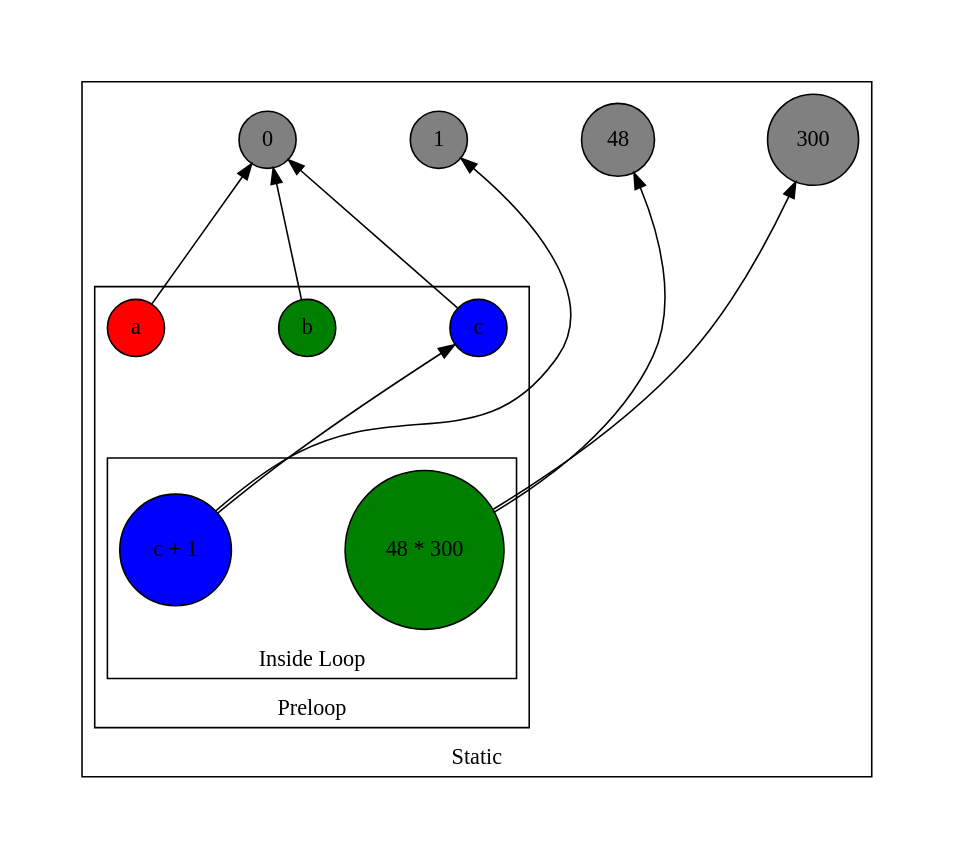
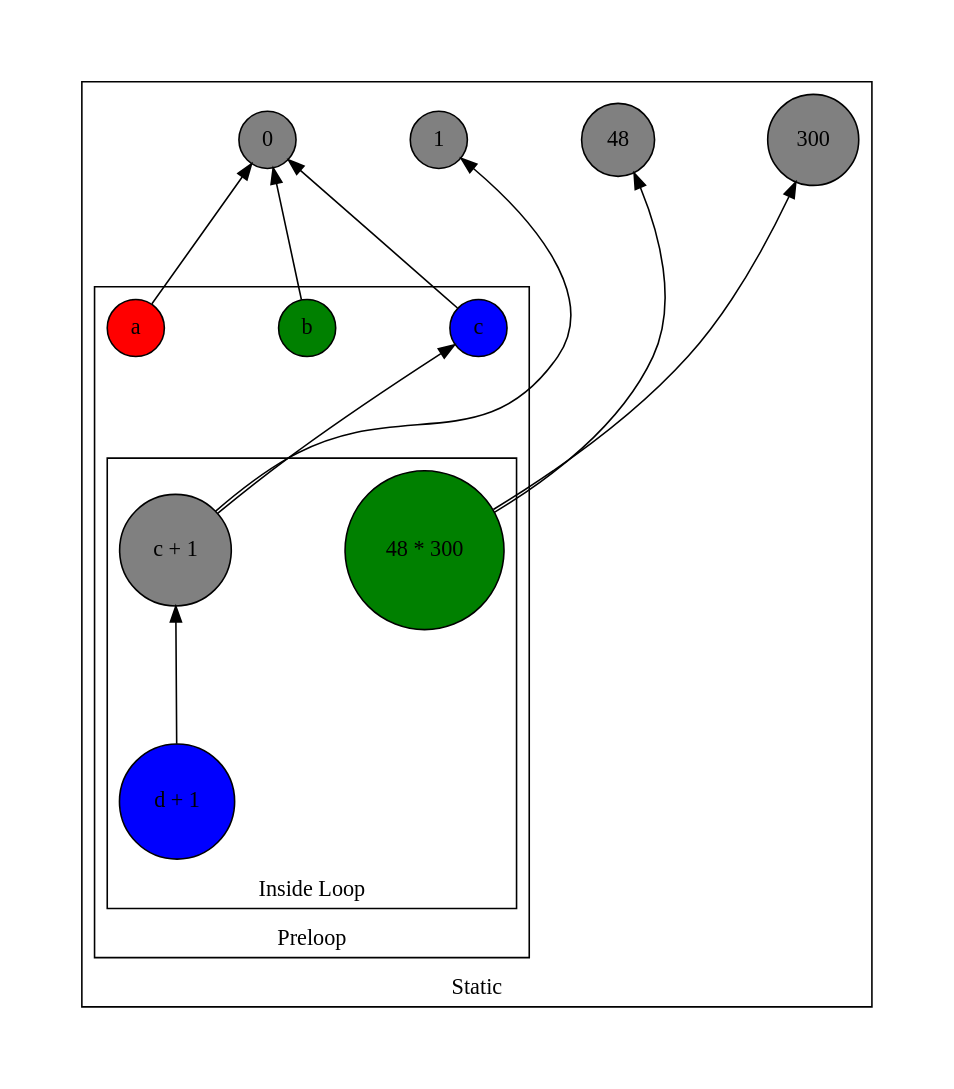
Before and after one commit to sjkillen/various-graphs: the diagram in tier1.dot, drawn with Graphviz. The commit also changed 1 other file, not shown here.

```diff
--- a/tier1.dot
+++ b/tier1.dot
@@ -1,43 +1,45 @@
 digraph {
     rankdir=BT
     newrank=true;
     graph [pad="0.5", nodesep="1", ranksep="1"];
     node[shape="circle", style="filled", fillcolor="grey", label=" "]
 
     subgraph clusterStatic {
         label="Static"
 
         _0[label="0"]
         _1[label="1"]
         _48[label="48"]
         _300[label="300"]
 
 
         subgraph clusterPreLoop {
             label="Preloop"
 
             b[label="b", fillcolor="green"]
             a[label="a", fillcolor="red"]
             c[label="c", fillcolor="blue"]
 
             
             subgraph cluster_0 {
                 label="Inside Loop"
 
                 b2[label="48 * 300", fillcolor="green"]
-                c2[label="c + 1", fillcolor="blue"]
+                c2[label="c + 1", fillcolor="grey"]
+                d[label="d + 1", fillcolor="blue"]
             }
         }
     }
 
 
     a -> _0
     b -> _0
     c -> _0
     b2 -> _48, _300
     c2 -> c, _1
+    d -> c2
 
     {rank = same; _0; _1; _48; _300; }
     {rank = same; a; b; c; }
     {rank = same; b2; c2}
 }
```
